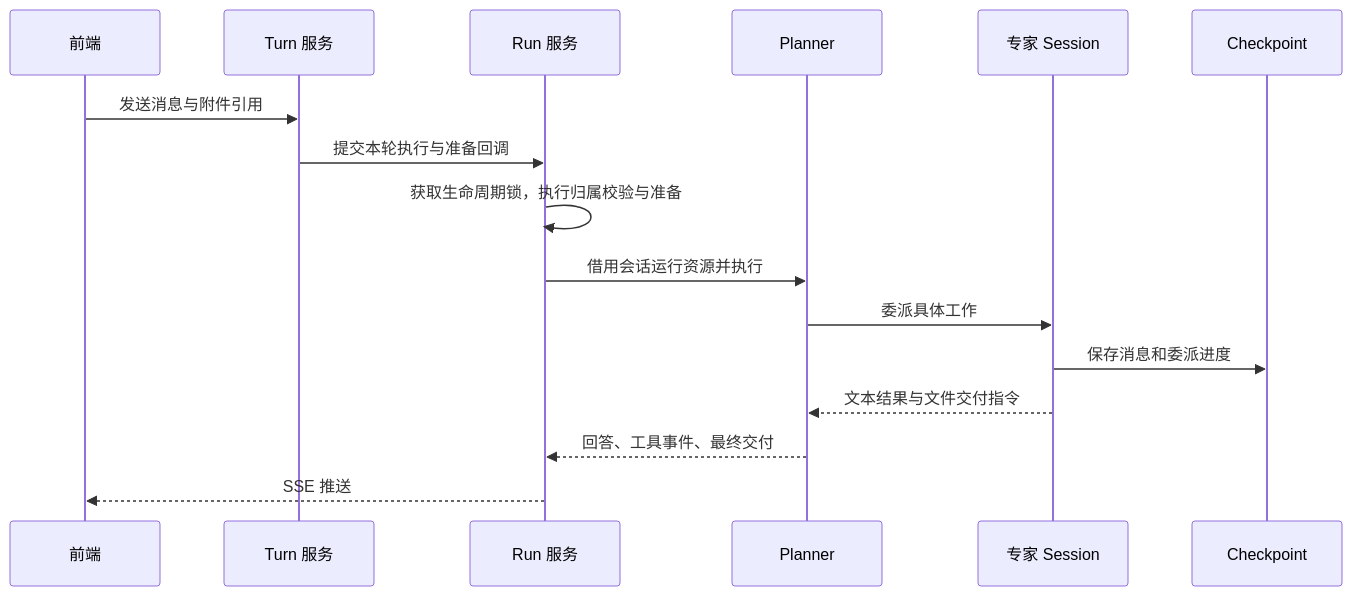
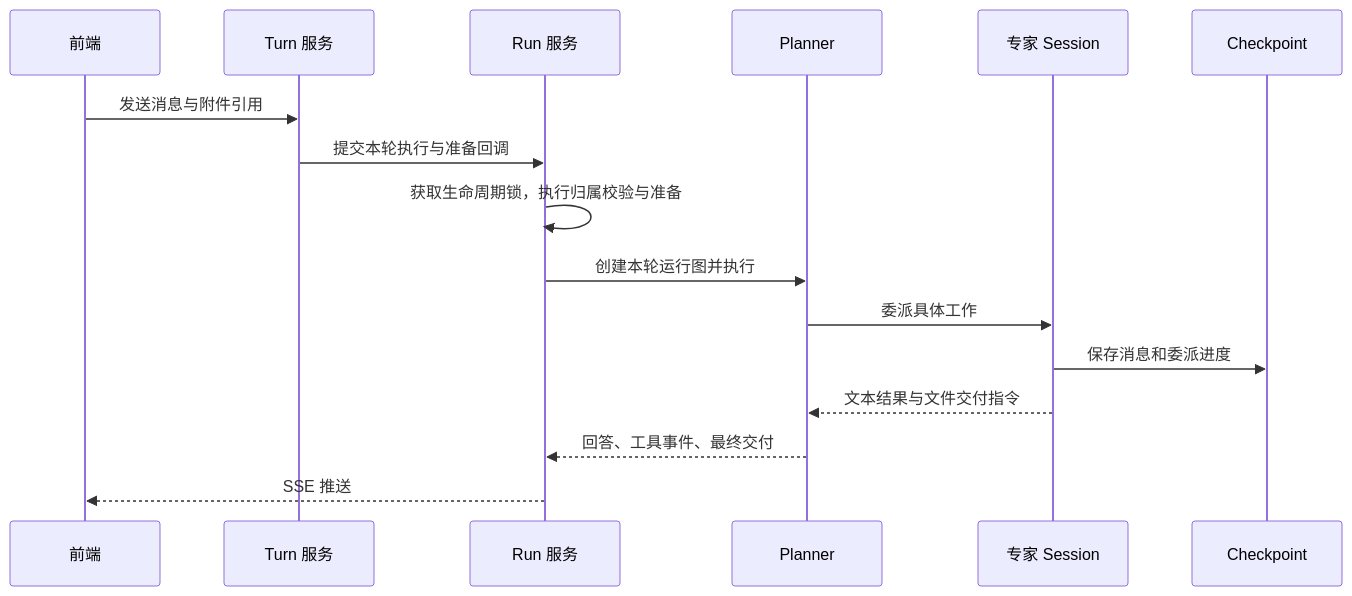
The second of 2 diagrams in docs/06_对话与多智能体协作.md (2739673455/dataagent), drawn with Mermaid before and after one commit. The commit also changed other lines of this file and 33 other files, not shown here.

````diff
--- a/docs/06_对话与多智能体协作.md
+++ b/docs/06_对话与多智能体协作.md
@@ -75,18 +74,18 @@
 ```mermaid
 sequenceDiagram
     participant UI as 前端
     participant Turn as Turn 服务
     participant Run as Run 服务
     participant Planner as Planner
     participant Expert as 专家 Session
     participant PG as Checkpoint
     UI->>Turn: 发送消息与附件引用
     Turn->>Run: 提交本轮执行与准备回调
     Run->>Run: 获取生命周期锁，执行归属校验与准备
-    Run->>Planner: 借用会话运行资源并执行
+    Run->>Planner: 创建本轮运行图并执行
     Planner->>Expert: 委派具体工作
     Expert->>PG: 保存消息和委派进度
     Expert-->>Planner: 文本结果与文件交付指令
     Planner-->>Run: 回答、工具事件、最终交付
     Run-->>UI: SSE 推送
 ```
````
